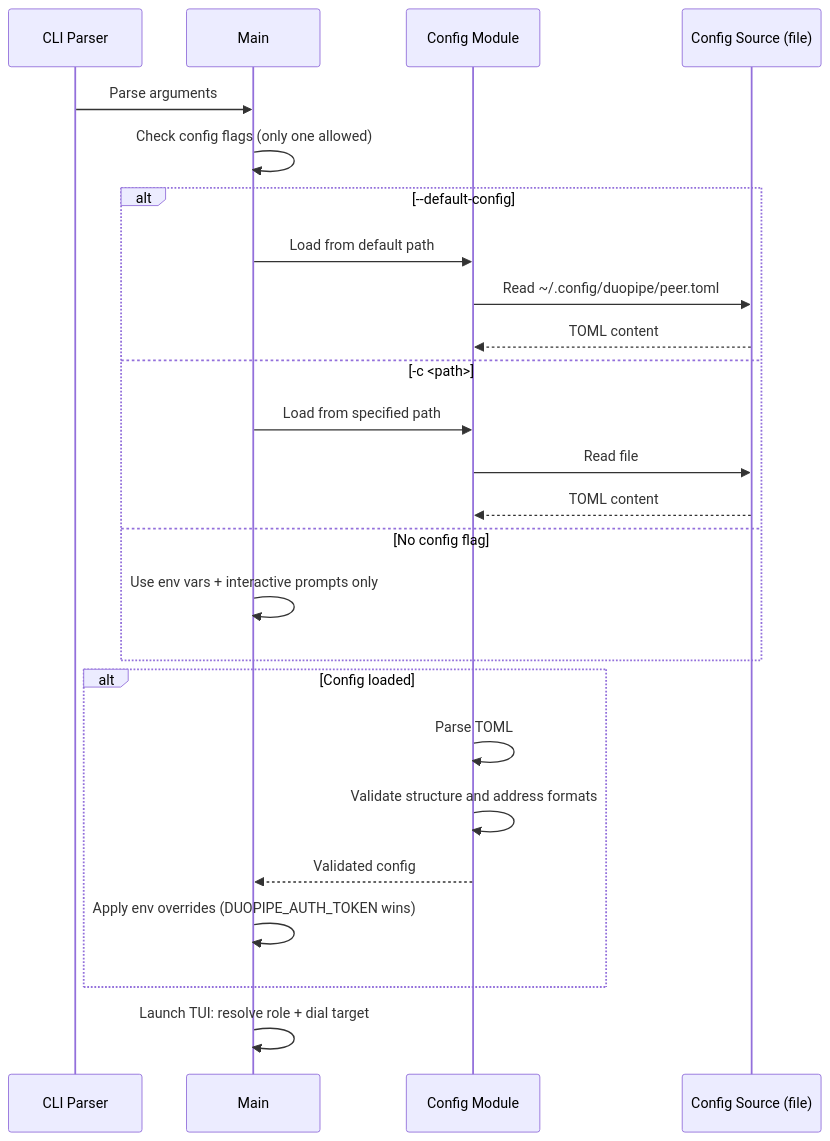
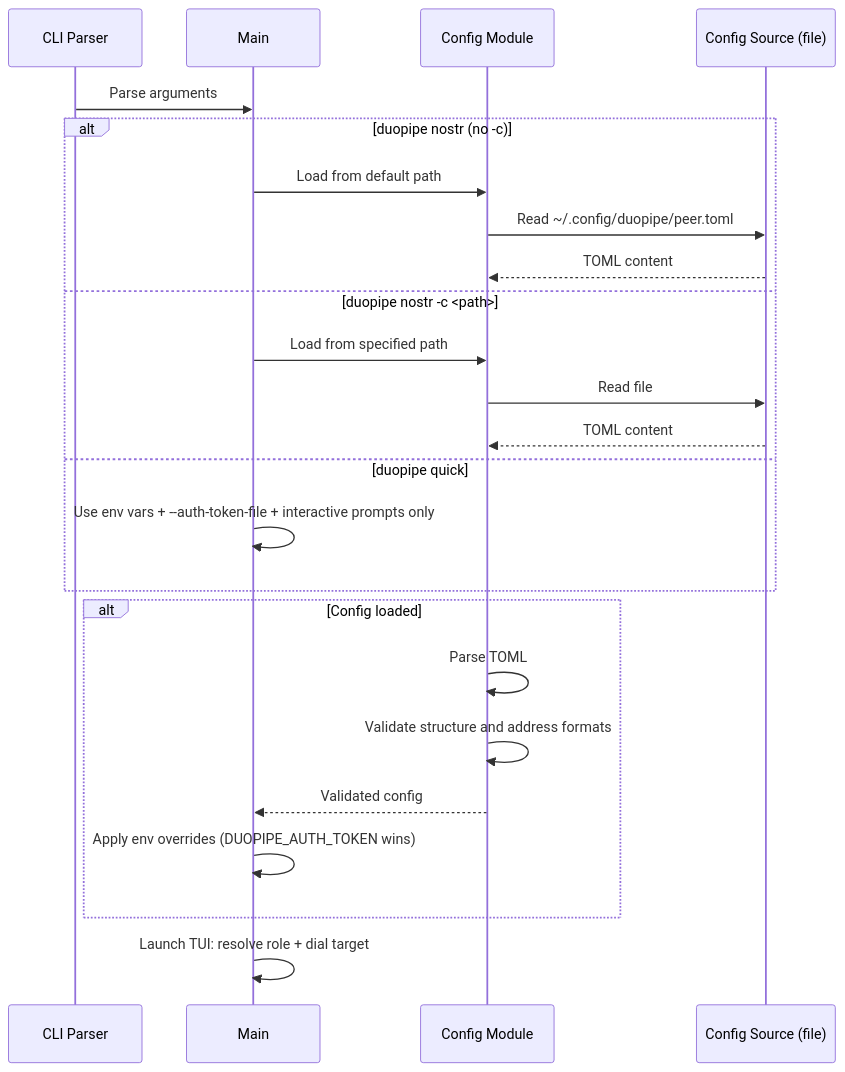
One commit to andrewtheguy/duopipe changed diagram 13 of 24 in docs/ARCHITECTURE.md. Above: the diagram before and after it, drawn with Mermaid. The commit also changed other lines of this file and 4 other files, not shown here.

Commit message:
feat: update documentation and code for new interactive modes (quick and nostr)

````diff
--- a/docs/ARCHITECTURE.md
+++ b/docs/ARCHITECTURE.md
@@ -477,31 +477,30 @@
 ```mermaid
 sequenceDiagram
     participant CLI as CLI Parser
     participant Main as Main
     participant Config as Config Module
     participant Source as Config Source (file)
 
     CLI->>Main: Parse arguments
-    Main->>Main: Check config flags (only one allowed)
 
-    alt --default-config
+    alt duopipe nostr (no -c)
         Main->>Config: Load from default path
         Config->>Source: Read ~/.config/duopipe/peer.toml
         Source-->>Config: TOML content
-    else -c <path>
+    else duopipe nostr -c <path>
         Main->>Config: Load from specified path
         Config->>Source: Read file
         Source-->>Config: TOML content
-    else No config flag
-        Main->>Main: Use env vars + interactive prompts only
+    else duopipe quick
+        Main->>Main: Use env vars + --auth-token-file + interactive prompts only
     end
 
     alt Config loaded
         Config->>Config: Parse TOML
         Config->>Config: Validate structure and address formats
         Config-->>Main: Validated config
         Main->>Main: Apply env overrides (DUOPIPE_AUTH_TOKEN wins)
     end
 
     Main->>Main: Launch TUI: resolve role + dial target
 ```
````
